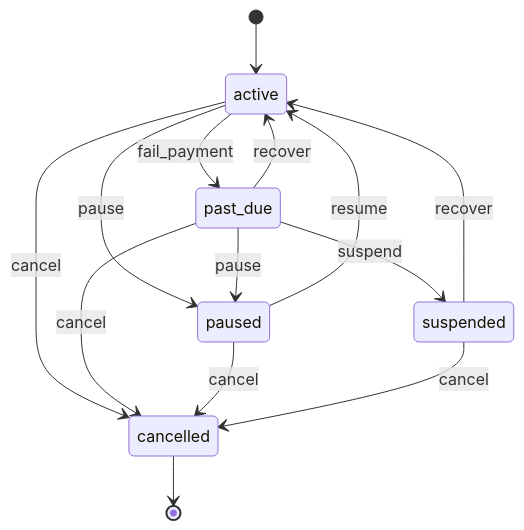
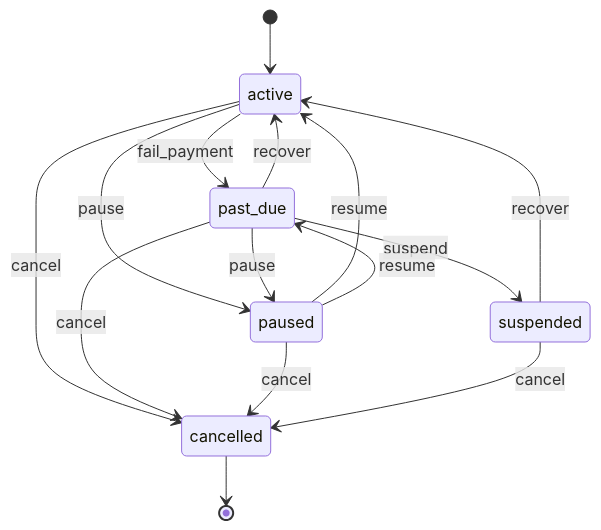
The third of 8 diagrams in docs/verticals/10-edtech.md (renox-rs/white-label), drawn with Mermaid before and after one commit. The commit also changed other lines of this file and 53 other files, not shown here.

First line of the commit message:
Add negative-flow backlog and SME problem map

````diff
--- a/docs/verticals/10-edtech.md
+++ b/docs/verticals/10-edtech.md
@@ -433,16 +433,17 @@
 ```mermaid
 stateDiagram-v2
   [*] --> active
   active --> past_due: fail_payment
   past_due --> active: recover
   suspended --> active: recover
   past_due --> suspended: suspend
   active --> paused: pause
   past_due --> paused: pause
   paused --> active: resume
+  paused --> past_due: resume
   active --> cancelled: cancel
   past_due --> cancelled: cancel
   paused --> cancelled: cancel
   suspended --> cancelled: cancel
   cancelled --> [*]
 ```
````
